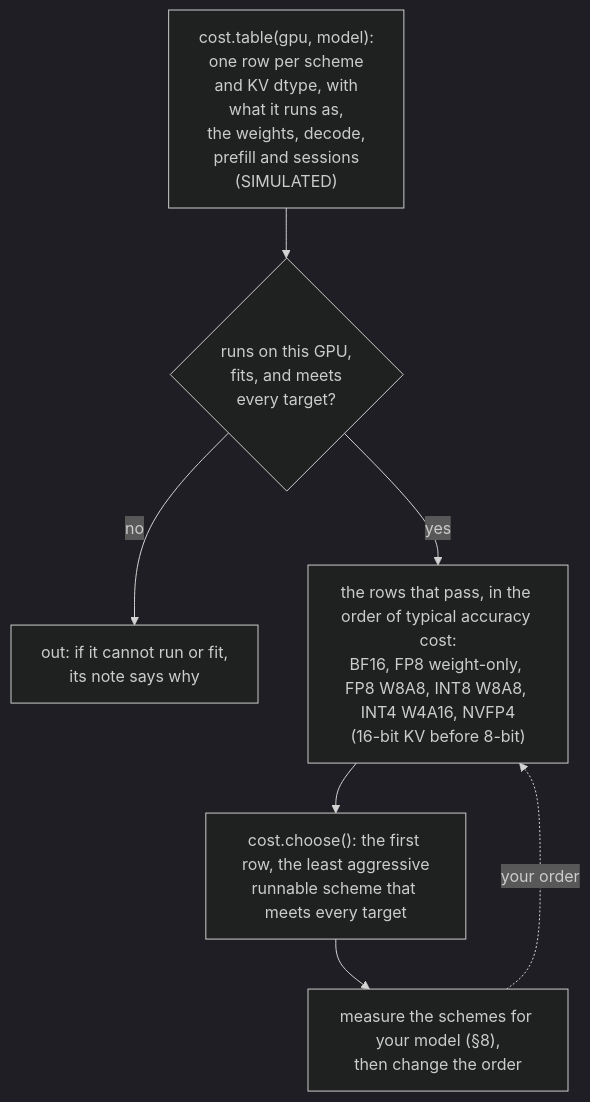
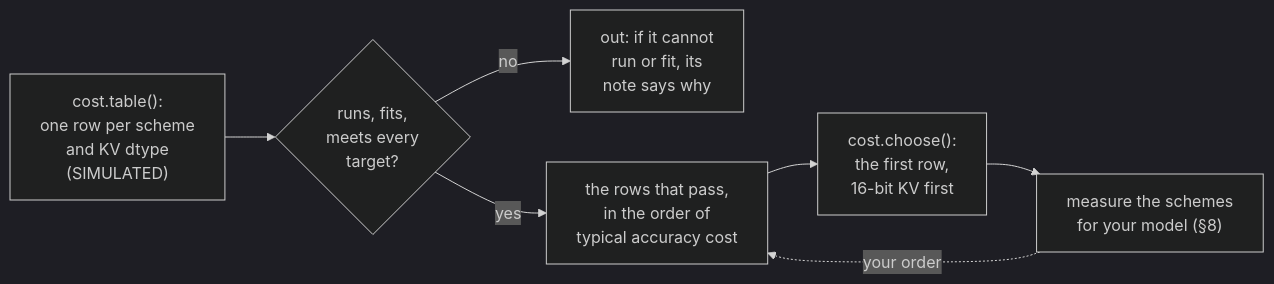
Before and after one commit to aniryou/full-stack-agentic-engineer: the third of 3 diagrams in 04-inference-engine/quantization/PRIMER.md, drawn with Mermaid (dark theme). The commit also changed other lines of this file and 49 other files, not shown here.

````diff
--- a/04-inference-engine/quantization/PRIMER.md
+++ b/04-inference-engine/quantization/PRIMER.md
@@ -868,9 +875,9 @@
 ```mermaid
-flowchart TB
-  T["cost.table(gpu, model):<br/>one row per scheme<br/>and KV dtype, with<br/>what it runs as,<br/>the weights, decode,<br/>prefill and sessions<br/>(SIMULATED)"] --> A{"runs on this GPU,<br/>fits, and meets<br/>every target?"}
-  A -->|"no"| X["out: if it cannot run or fit,<br/>its note says why"]
-  A -->|"yes"| O["the rows that pass, in the order of typical accuracy cost:<br/>BF16, FP8 weight-only, FP8 W8A8, INT8 W8A8, INT4 W4A16, NVFP4<br/>(16-bit KV before 8-bit)"]
-  O --> C["cost.choose(): the first row, the least aggressive<br/>runnable scheme that meets every target"]
-  C --> M["measure the schemes for your model (§8),<br/>then change the order"]
+flowchart LR
+  T["cost.table():<br/>one row per scheme<br/>and KV dtype<br/>(SIMULATED)"] --> A{"runs, fits,<br/>meets every<br/>target?"}
+  A -->|"no"| X["out: if it cannot<br/>run or fit, its<br/>note says why"]
+  A -->|"yes"| O["the rows that pass,<br/>in the order of<br/>typical accuracy cost"]
+  O --> C["cost.choose():<br/>the first row,<br/>16-bit KV first"]
+  C --> M["measure the schemes<br/>for your model (§8)"]
   M -.->|"your order"| O
 ```
````
